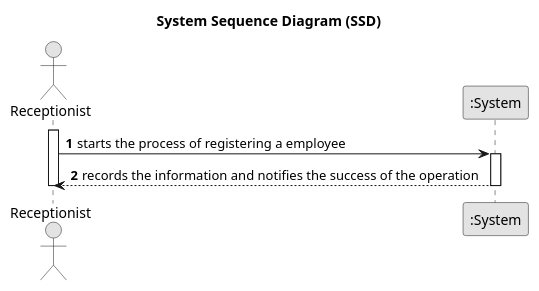
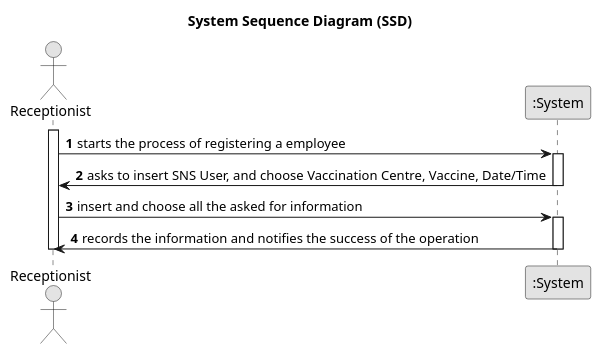
Before and after one commit to rafaafig/SnsTrab: the diagram in sns-base/doc/global/user-story/puml/US021-SSD.puml, drawn with PlantUML. The commit also changed 5 other files, not shown here.

```diff
--- a/sns-base/doc/global/user-story/puml/US021-SSD.puml
+++ b/sns-base/doc/global/user-story/puml/US021-SSD.puml
@@ -1,21 +1,26 @@
 @startuml
 skinparam monochrome true
 skinparam packageStyle rectangle
 skinparam shadowing false
 
 title System Sequence Diagram (SSD)
 
 autonumber
 
 actor Receptionist
 participant ":System" as System
 
 activate Receptionist
     Receptionist -> System : starts the process of registering a employee
 
 activate System
-    System --> Receptionist : records the information and notifies the success of the operation
+    System -> Receptionist : asks to insert SNS User, and choose Vaccination Centre, Vaccine, Date/Time
+deactivate System
+
+    Receptionist -> System : insert and choose all the asked for information
+activate System
+    System -> Receptionist : records the information and notifies the success of the operation
 deactivate System
 deactivate Receptionist
 
 @enduml
```
